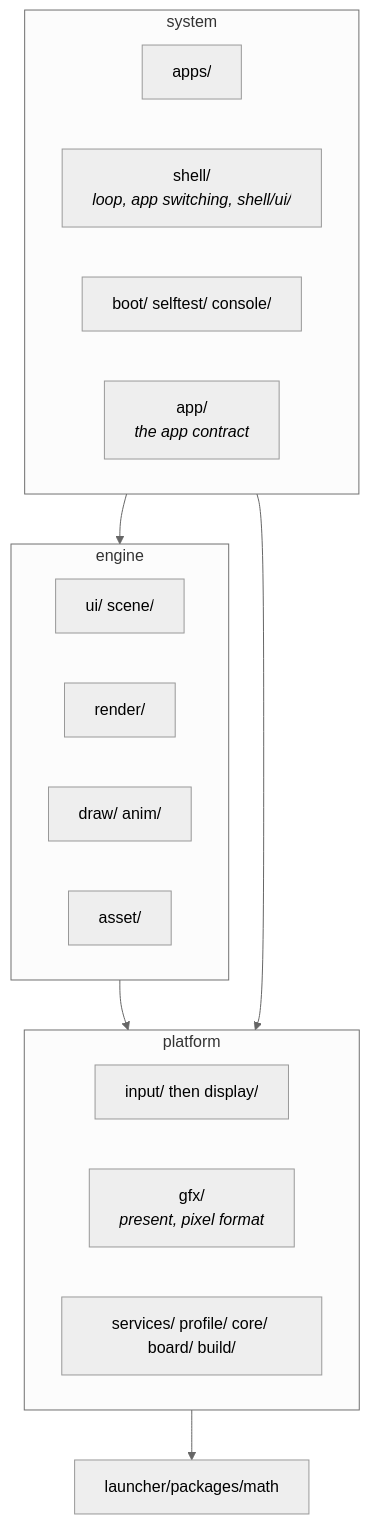
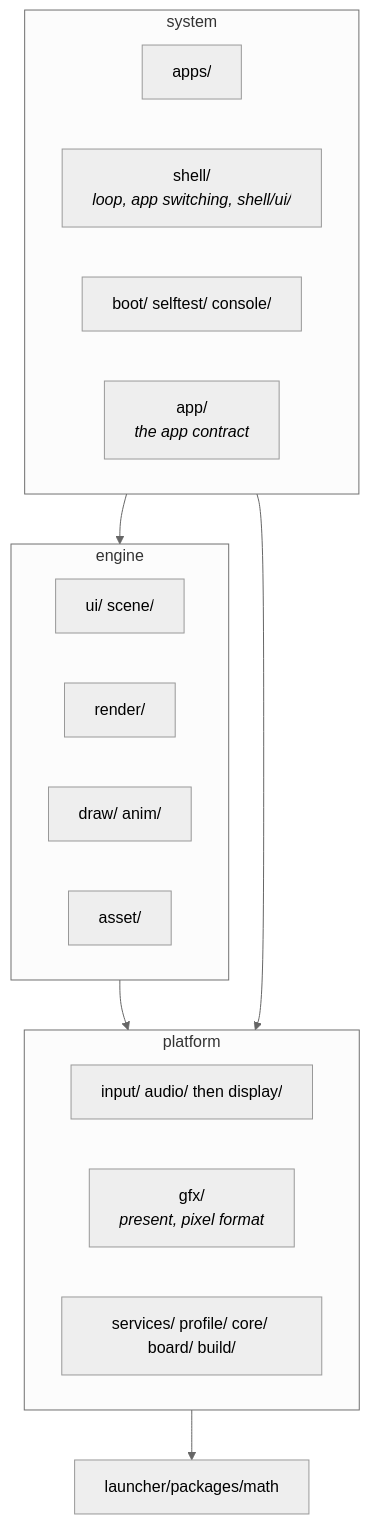
Before and after one commit to jose-villegas/autana: the first of 2 diagrams in docs/plans/Engine-Layer-Design-Sketch.md, drawn with Mermaid (neutral theme). The commit also changed other lines of this file and 20 other files, not shown here.

````diff
--- a/docs/plans/Engine-Layer-Design-Sketch.md
+++ b/docs/plans/Engine-Layer-Design-Sketch.md
@@ -13,23 +13,23 @@
 ```mermaid
 flowchart TB
     subgraph SYS["system"]
         Apps["apps/"]
         Shell["shell/<br/><i>loop, app switching, shell/ui/</i>"]
         BootEtc["boot/ selftest/ console/"]
         AppC["app/<br/><i>the app contract</i>"]
     end
     subgraph ENG["engine"]
         UiScene["ui/ scene/"]
         Render["render/"]
         DrawAnim["draw/ anim/"]
         Asset["asset/"]
     end
     subgraph PLAT["platform"]
-        InDisp["input/ then display/"]
+        InDisp["input/ audio/ then display/"]
         Gfx["gfx/<br/><i>present, pixel format</i>"]
         Base["services/ profile/ core/ board/ build/"]
     end
     Math["launcher/packages/math"]
     SYS --> ENG --> PLAT --> Math
     SYS --> PLAT
 ```
````
